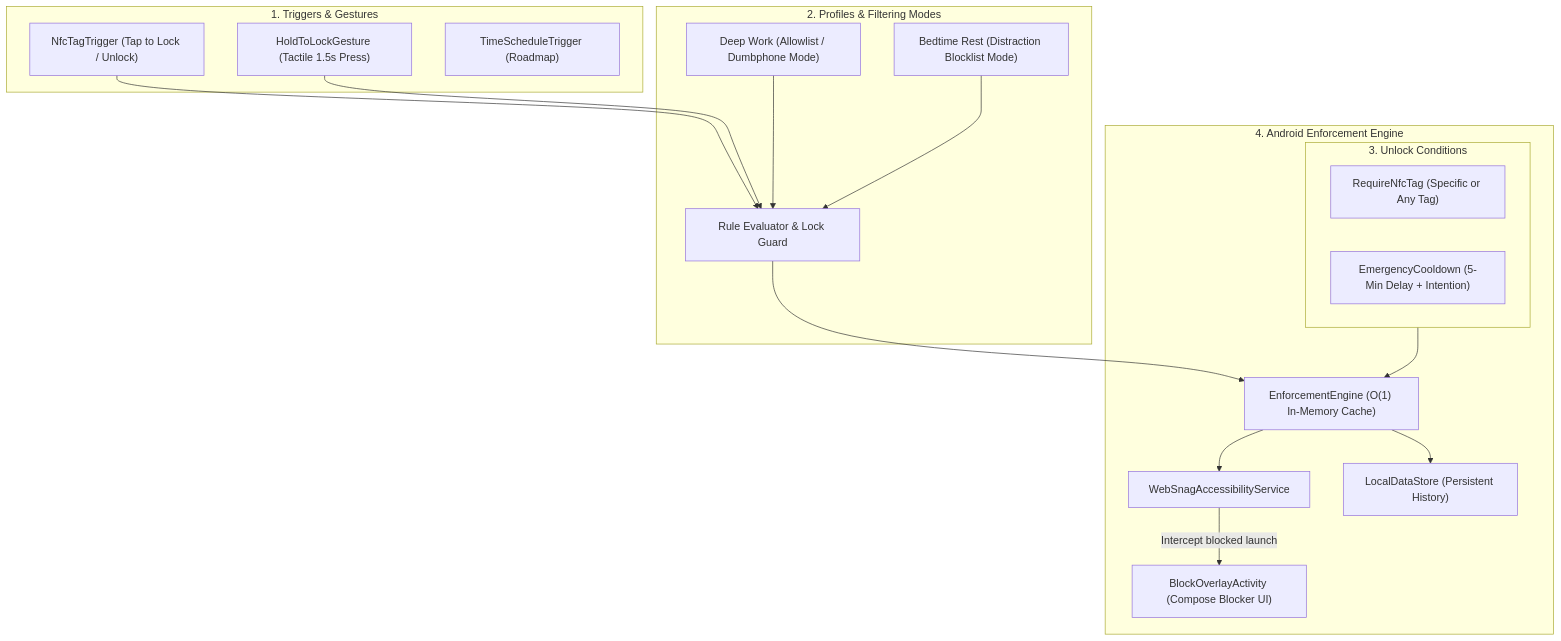
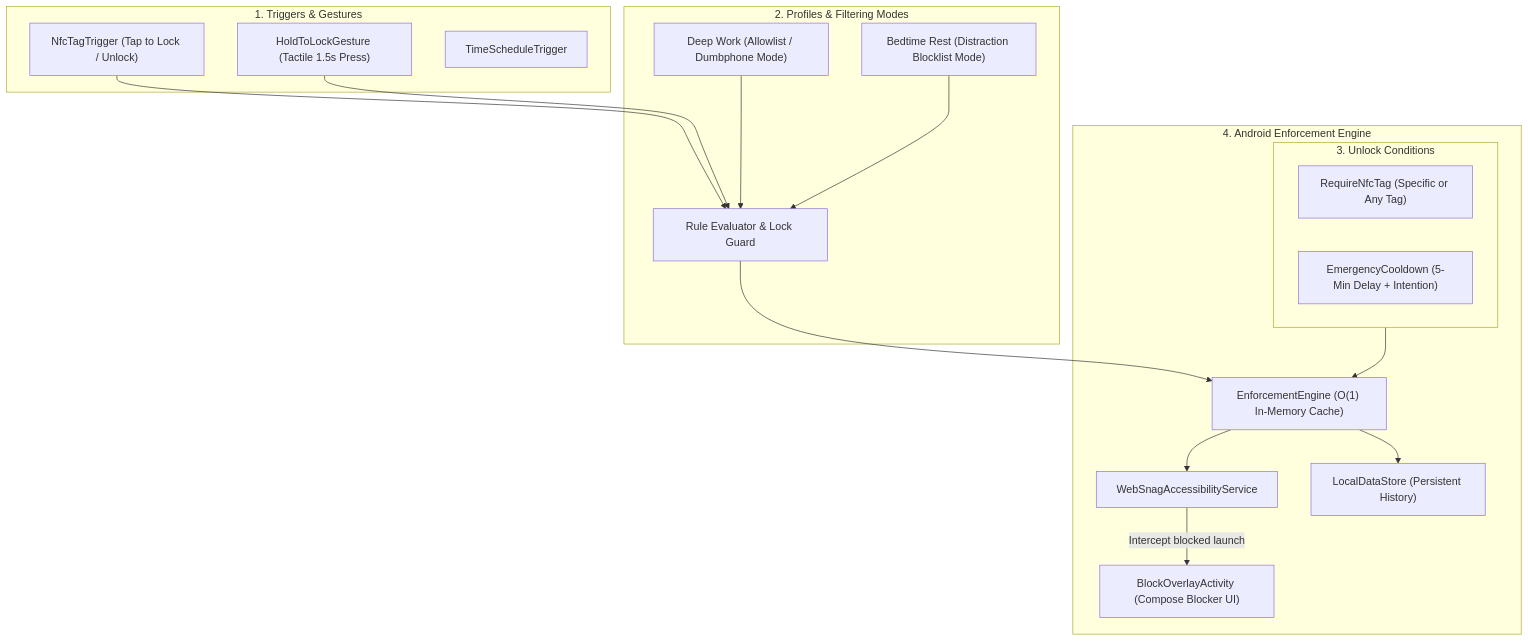
One commit to mcasillas17/WebSnag changed the diagram in README.md. Above: the diagram before and after it, drawn with Mermaid. The commit also changed other lines of this file and 4 other files, not shown here.

First line of the commit message:
docs: consolidate the WebSnag roadmap (#31)

````diff
--- a/README.md
+++ b/README.md
@@ -34,36 +34,36 @@
 ```mermaid
 flowchart TD
     subgraph Triggers ["1. Triggers & Gestures"]
         T1["NfcTagTrigger (Tap to Lock / Unlock)"]
         T2["HoldToLockGesture (Tactile 1.5s Press)"]
-        T3["TimeScheduleTrigger (Roadmap)"]
+        T3["TimeScheduleTrigger"]
     end
 
     subgraph Core ["2. Profiles & Filtering Modes"]
         P1["Deep Work (Allowlist / Dumbphone Mode)"]
         P2["Bedtime Rest (Distraction Blocklist Mode)"]
         R["Rule Evaluator & Lock Guard"]
         T1 --> R
         T2 --> R
         P1 --> R
         P2 --> R
     end
 
     subgraph Conditions ["3. Unlock Conditions"]
         U1["RequireNfcTag (Specific or Any Tag)"]
         U2["EmergencyCooldown (5-Min Delay + Intention)"]
     end
 
     subgraph Enforcement ["4. Android Enforcement Engine"]
         EE["EnforcementEngine (O(1) In-Memory Cache)"]
         AS["WebSnagAccessibilityService"]
         OA["BlockOverlayActivity (Compose Blocker UI)"]
         DS["LocalDataStore (Persistent History)"]
         
         R --> EE
         Conditions --> EE
         EE --> AS
         EE --> DS
         AS -->|"Intercept blocked launch"| OA
     end
 ```
````
